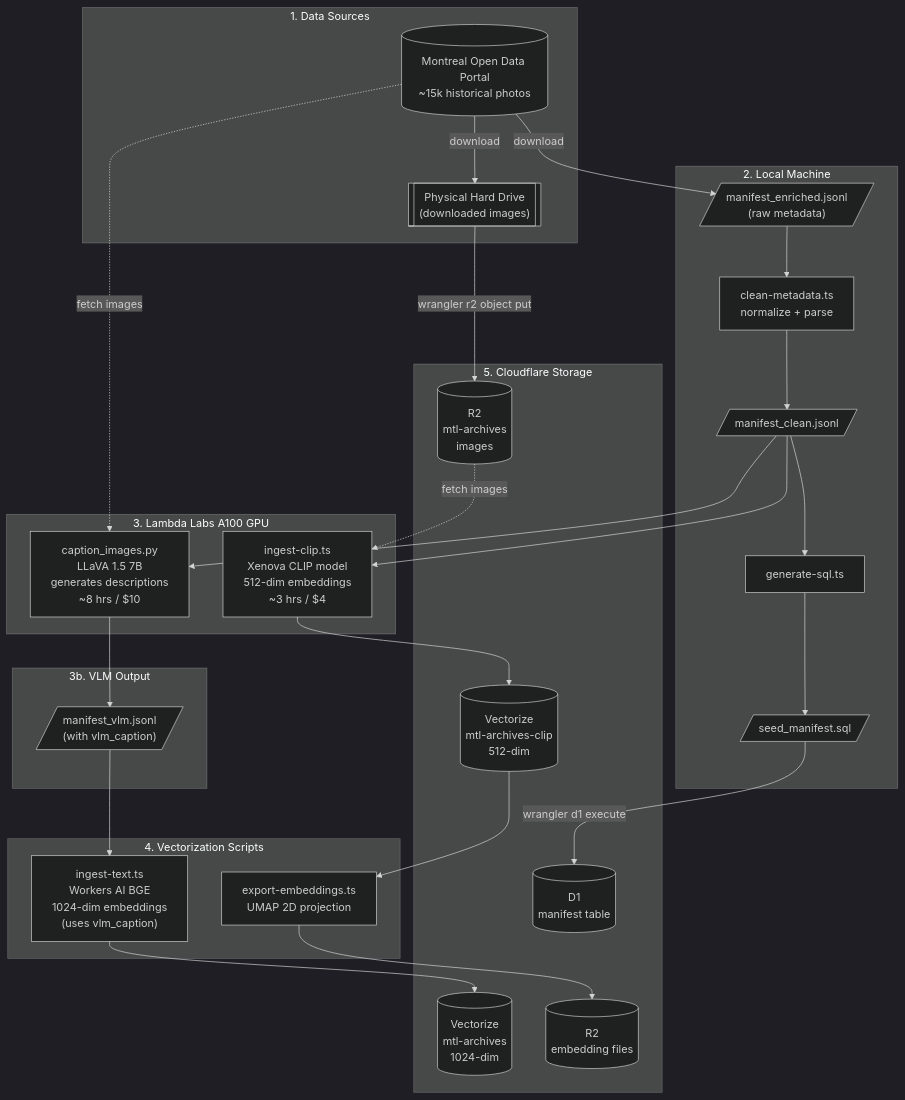
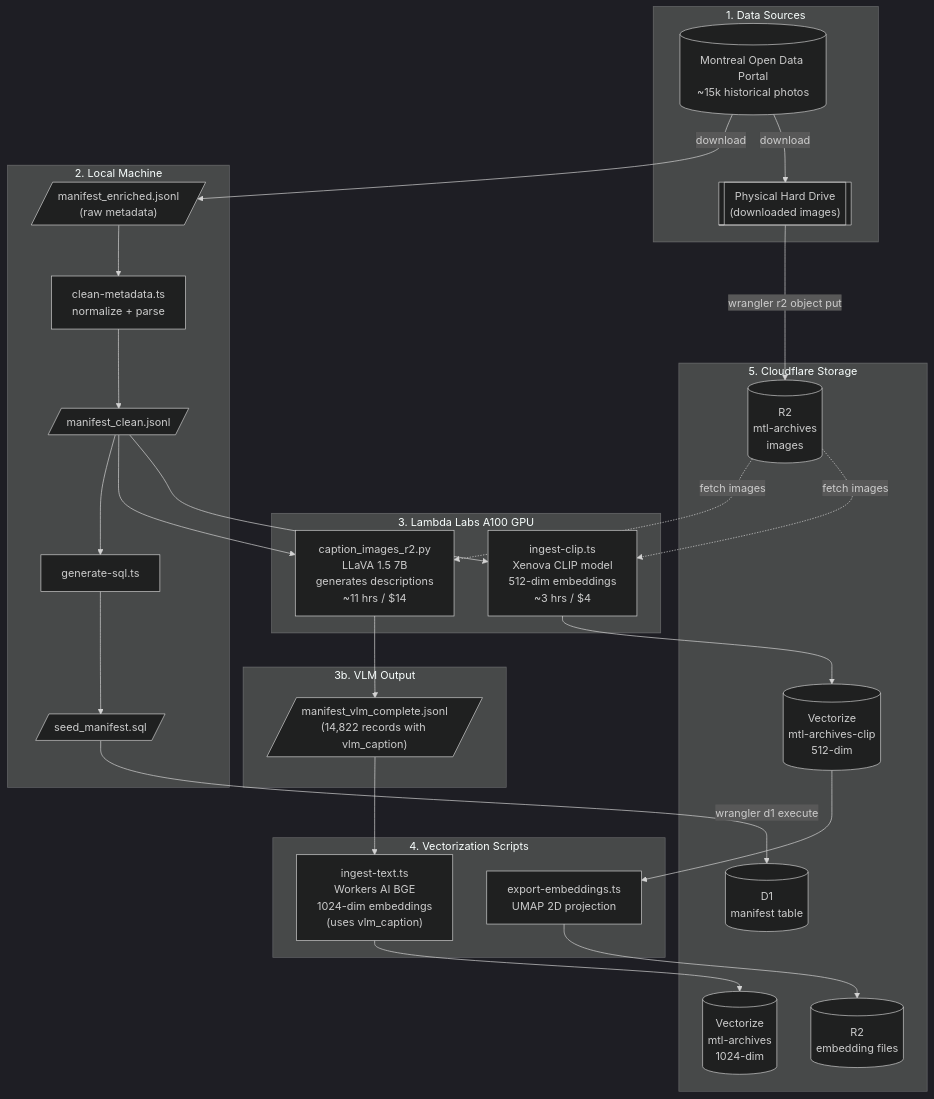
Before and after one commit to zouantchaw/mtl-archives-search: the diagram in docs/architecture.mmd, drawn with Mermaid (dark theme). The commit also changed 5 other files, not shown here.

Commit message:
Add VLM caption to embeddings export

```diff
--- a/docs/architecture.mmd
+++ b/docs/architecture.mmd
@@ -1,68 +1,68 @@
 %% MTL Archives Search - System Architecture
 %% Render each section separately in a Mermaid viewer
 
 %% ============================================
 %% DIAGRAM 1: ONE-TIME DATA PIPELINE
 %% ============================================
 %% Copy from "flowchart TB" to the "---" separator
 
 flowchart TB
     subgraph Sources["1. Data Sources"]
         PORTAL[("Montreal Open Data Portal<br/>~15k historical photos")]
         HDD[["Physical Hard Drive<br/>(downloaded images)"]]
     end
 
     subgraph LocalMachine["2. Local Machine"]
         MANIFEST[/"manifest_enriched.jsonl<br/>(raw metadata)"/]
         CLEAN["clean-metadata.ts<br/>normalize + parse"]
         MANIFEST_CLEAN[/"manifest_clean.jsonl"/]
         GENSQL["generate-sql.ts"]
         SEED_SQL[/"seed_manifest.sql"/]
     end
 
     subgraph GPU["3. Lambda Labs A100 GPU"]
-        VLM_CAPTION["caption_images.py<br/>LLaVA 1.5 7B<br/>generates descriptions<br/>~8 hrs / $10"]
+        VLM_CAPTION["caption_images_r2.py<br/>LLaVA 1.5 7B<br/>generates descriptions<br/>~11 hrs / $14"]
         CLIP_INGEST["ingest-clip.ts<br/>Xenova CLIP model<br/>512-dim embeddings<br/>~3 hrs / $4"]
     end
 
     subgraph VLMOutput["3b. VLM Output"]
-        MANIFEST_VLM[/"manifest_vlm.jsonl<br/>(with vlm_caption)"/]
+        MANIFEST_VLM[/"manifest_vlm_complete.jsonl<br/>(14,822 records with vlm_caption)"/]
     end
 
     subgraph Scripts["4. Vectorization Scripts"]
         TEXT_INGEST["ingest-text.ts<br/>Workers AI BGE<br/>1024-dim embeddings<br/>(uses vlm_caption)"]
         EXPORT["export-embeddings.ts<br/>UMAP 2D projection"]
     end
 
     subgraph CF["5. Cloudflare Storage"]
         R2[("R2<br/>mtl-archives<br/>images")]
         D1[("D1<br/>manifest table")]
         VEC_BGE[("Vectorize<br/>mtl-archives<br/>1024-dim")]
         VEC_CLIP[("Vectorize<br/>mtl-archives-clip<br/>512-dim")]
         R2_EMB[("R2<br/>embedding files")]
     end
 
     %% Flow
     PORTAL -->|download| MANIFEST
     PORTAL -->|download| HDD
     HDD -->|"wrangler r2 object put"| R2
 
     MANIFEST --> CLEAN --> MANIFEST_CLEAN
     MANIFEST_CLEAN --> GENSQL --> SEED_SQL
     SEED_SQL -->|"wrangler d1 execute"| D1
 
     %% VLM Captioning (for photos with synthetic descriptions)
     MANIFEST_CLEAN --> VLM_CAPTION
-    PORTAL -.->|fetch images| VLM_CAPTION
+    R2 -.->|fetch images| VLM_CAPTION
     VLM_CAPTION --> MANIFEST_VLM
 
     %% Text embeddings use VLM captions
     MANIFEST_VLM --> TEXT_INGEST
     TEXT_INGEST --> VEC_BGE
 
     %% CLIP embeddings (visual search)
     MANIFEST_CLEAN --> CLIP_INGEST
     R2 -.->|fetch images| CLIP_INGEST
     CLIP_INGEST --> VEC_CLIP
 
     VEC_CLIP --> EXPORT --> R2_EMB
```
